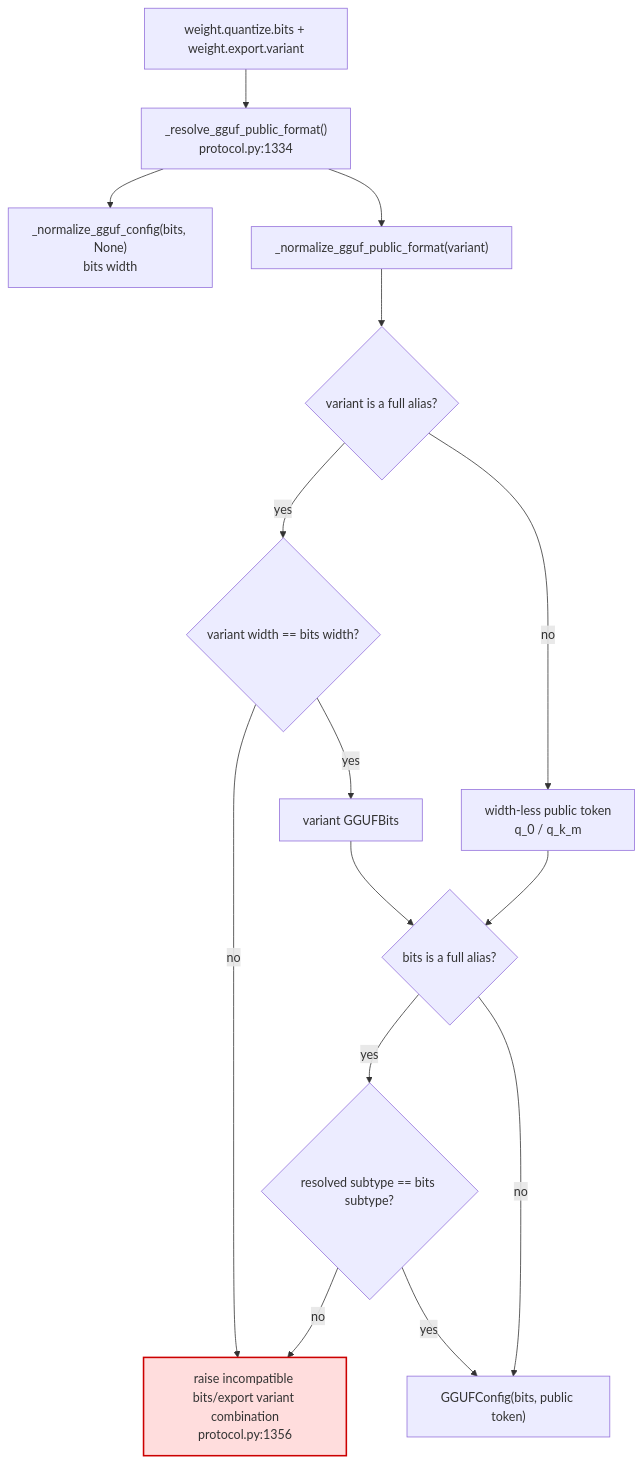
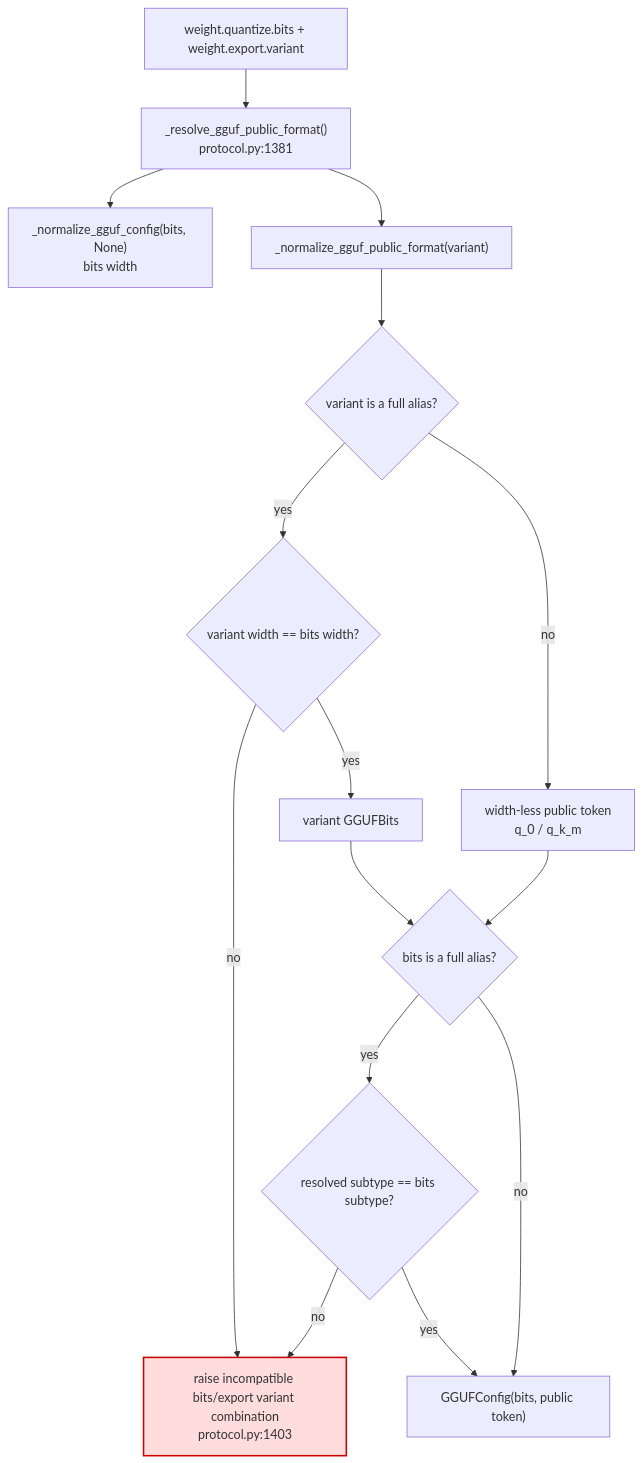
Before and after one commit to ModelCloud/GPTQModel: the second of 2 diagrams in docs/gguf-config-resolution.md, drawn with Mermaid. The commit also changed other lines of this file and 14 other files, not shown here.

````diff
--- a/docs/gguf-config-resolution.md
+++ b/docs/gguf-config-resolution.md
@@ -60,19 +60,19 @@
 ```mermaid
 flowchart TD
-    P["weight.quantize.bits + weight.export.variant"] --> Q["_resolve_gguf_public_format()<br/>protocol.py:1334"]
+    P["weight.quantize.bits + weight.export.variant"] --> Q["_resolve_gguf_public_format()<br/>protocol.py:1381"]
     Q --> R["_normalize_gguf_config(bits, None)<br/>bits width"]
     Q --> S["_normalize_gguf_public_format(variant)"]
     S --> T{"variant is a full alias?"}
     T -->|yes| U{"variant width == bits width?"}
-    U -->|no| X["raise incompatible bits/export variant combination<br/>protocol.py:1356"]
+    U -->|no| X["raise incompatible bits/export variant combination<br/>protocol.py:1403"]
     U -->|yes| V["variant GGUFBits"]
     T -->|no| W["width-less public token<br/>q_0 / q_k_m"]
     V --> Y{"bits is a full alias?"}
     W --> Y
     Y -->|yes| Z{"resolved subtype == bits subtype?"}
     Z -->|no| X
     Z -->|yes| AA["GGUFConfig(bits, public token)"]
     Y -->|no| AA
 
     style X fill:#fdd,stroke:#c00,stroke-width:2px
 ```
````
